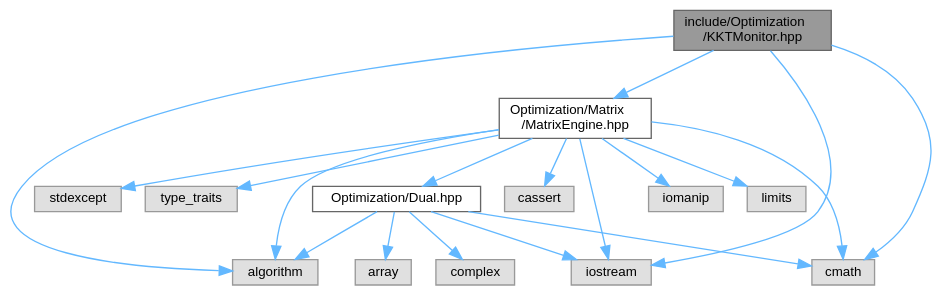
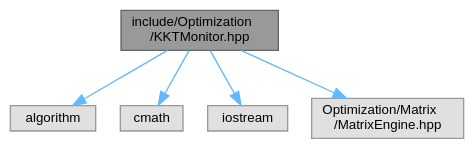
The diagram in KKTMonitor_8hpp__incl.dot (jswoo0615/Algorithms_for_Optimization_cpp), drawn with Graphviz before and after one commit. The commit also changed 348 other files, not shown here.

```diff
--- a/KKTMonitor_8hpp__incl.dot
+++ b/KKTMonitor_8hpp__incl.dot
@@ -1,38 +1,16 @@
 digraph "include/Optimization/KKTMonitor.hpp"
 {
  // LATEX_PDF_SIZE
   bgcolor="transparent";
   edge [fontname=Helvetica,fontsize=10,labelfontname=Helvetica,labelfontsize=10];
   node [fontname=Helvetica,fontsize=10,shape=box,height=0.2,width=0.4];
   Node1 [id="Node000001",label="include/Optimization\l/KKTMonitor.hpp",height=0.2,width=0.4,color="gray40", fillcolor="grey60", style="filled", fontcolor="black",tooltip="KKT(Karush-Kuhn-Tucker) 조건 감시 및 최적해 검증 모니터 구현"];
   Node1 -> Node2 [id="edge1_Node000001_Node000002",color="steelblue1",style="solid",tooltip=" "];
   Node2 [id="Node000002",label="algorithm",height=0.2,width=0.4,color="grey60", fillcolor="#E0E0E0", style="filled",tooltip=" "];
   Node1 -> Node3 [id="edge2_Node000001_Node000003",color="steelblue1",style="solid",tooltip=" "];
   Node3 [id="Node000003",label="cmath",height=0.2,width=0.4,color="grey60", fillcolor="#E0E0E0", style="filled",tooltip=" "];
   Node1 -> Node4 [id="edge3_Node000001_Node000004",color="steelblue1",style="solid",tooltip=" "];
   Node4 [id="Node000004",label="iostream",height=0.2,width=0.4,color="grey60", fillcolor="#E0E0E0", style="filled",tooltip=" "];
   Node1 -> Node5 [id="edge4_Node000001_Node000005",color="steelblue1",style="solid",tooltip=" "];
-  Node5 [id="Node000005",label="Optimization/Matrix\l/MatrixEngine.hpp",height=0.2,width=0.4,color="grey40", fillcolor="white", style="filled",URL="$MatrixEngine_8hpp_source.html",tooltip=" "];
-  Node5 -> Node2 [id="edge5_Node000005_Node000002",color="steelblue1",style="solid",tooltip=" "];
-  Node5 -> Node6 [id="edge6_Node000005_Node000006",color="steelblue1",style="solid",tooltip=" "];
-  Node6 [id="Node000006",label="cassert",height=0.2,width=0.4,color="grey60", fillcolor="#E0E0E0", style="filled",tooltip=" "];
-  Node5 -> Node3 [id="edge7_Node000005_Node000003",color="steelblue1",style="solid",tooltip=" "];
-  Node5 -> Node7 [id="edge8_Node000005_Node000007",color="steelblue1",style="solid",tooltip=" "];
-  Node7 [id="Node000007",label="iomanip",height=0.2,width=0.4,color="grey60", fillcolor="#E0E0E0", style="filled",tooltip=" "];
-  Node5 -> Node4 [id="edge9_Node000005_Node000004",color="steelblue1",style="solid",tooltip=" "];
-  Node5 -> Node8 [id="edge10_Node000005_Node000008",color="steelblue1",style="solid",tooltip=" "];
-  Node8 [id="Node000008",label="limits",height=0.2,width=0.4,color="grey60", fillcolor="#E0E0E0", style="filled",tooltip=" "];
-  Node5 -> Node9 [id="edge11_Node000005_Node000009",color="steelblue1",style="solid",tooltip=" "];
-  Node9 [id="Node000009",label="stdexcept",height=0.2,width=0.4,color="grey60", fillcolor="#E0E0E0", style="filled",tooltip=" "];
-  Node5 -> Node10 [id="edge12_Node000005_Node000010",color="steelblue1",style="solid",tooltip=" "];
-  Node10 [id="Node000010",label="type_traits",height=0.2,width=0.4,color="grey60", fillcolor="#E0E0E0", style="filled",tooltip=" "];
-  Node5 -> Node11 [id="edge13_Node000005_Node000011",color="steelblue1",style="solid",tooltip=" "];
-  Node11 [id="Node000011",label="Optimization/Dual.hpp",height=0.2,width=0.4,color="grey40", fillcolor="white", style="filled",URL="$Dual_8hpp_source.html",tooltip=" "];
-  Node11 -> Node2 [id="edge14_Node000011_Node000002",color="steelblue1",style="solid",tooltip=" "];
-  Node11 -> Node12 [id="edge15_Node000011_Node000012",color="steelblue1",style="solid",tooltip=" "];
-  Node12 [id="Node000012",label="array",height=0.2,width=0.4,color="grey60", fillcolor="#E0E0E0", style="filled",tooltip=" "];
-  Node11 -> Node3 [id="edge16_Node000011_Node000003",color="steelblue1",style="solid",tooltip=" "];
-  Node11 -> Node13 [id="edge17_Node000011_Node000013",color="steelblue1",style="solid",tooltip=" "];
-  Node13 [id="Node000013",label="complex",height=0.2,width=0.4,color="grey60", fillcolor="#E0E0E0", style="filled",tooltip=" "];
-  Node11 -> Node4 [id="edge18_Node000011_Node000004",color="steelblue1",style="solid",tooltip=" "];
+  Node5 [id="Node000005",label="Optimization/Matrix\l/MatrixEngine.hpp",height=0.2,width=0.4,color="grey60", fillcolor="#E0E0E0", style="filled",tooltip=" "];
 }
```
